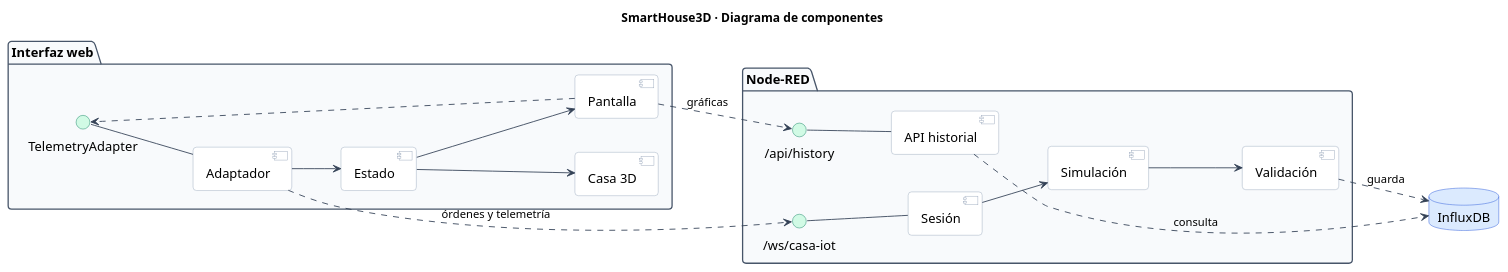
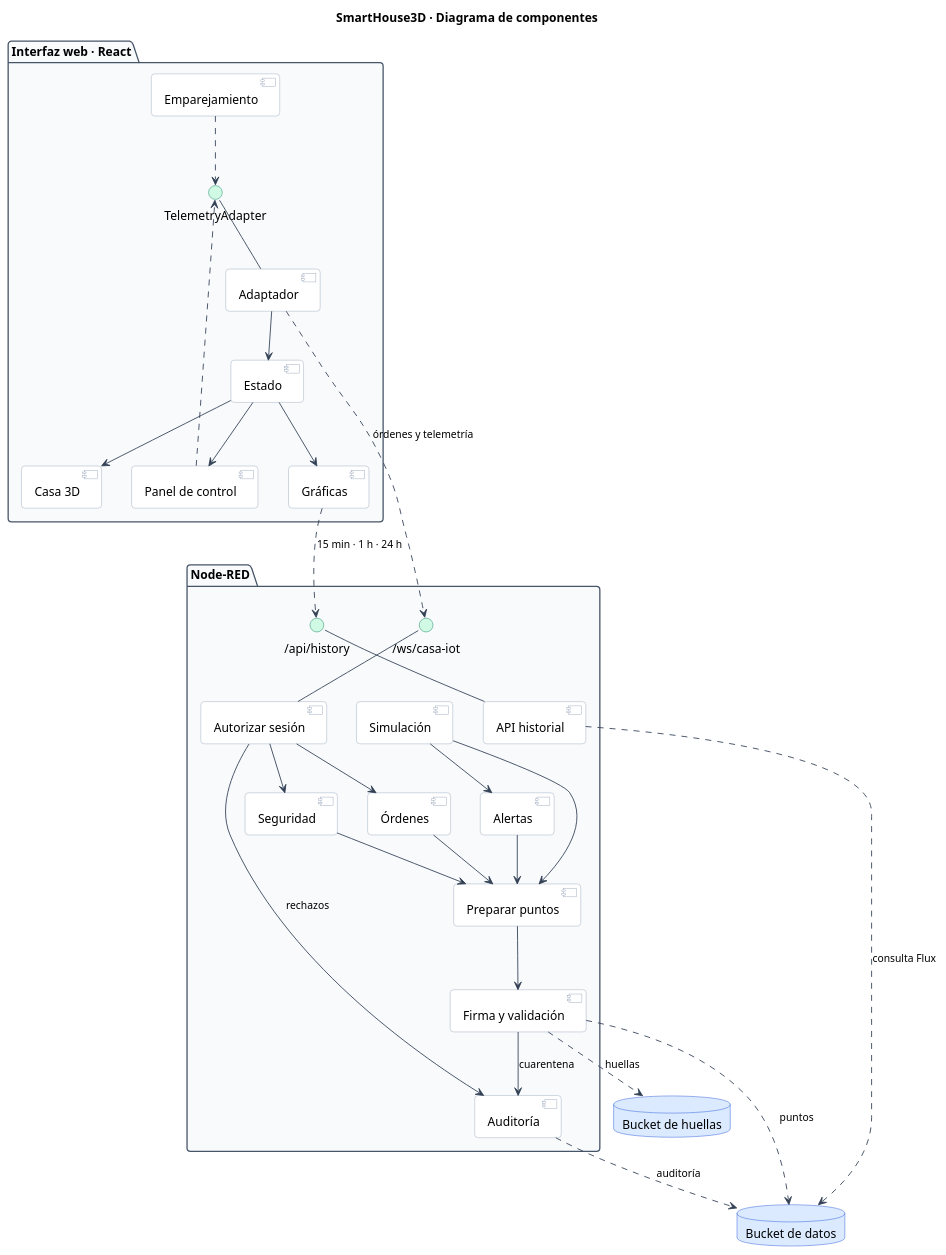
One commit to WilderG2004/SmartHouse3D changed the diagram in docs/diagramas/componentes.puml. Above: the diagram before and after it, drawn with PlantUML. The commit also changed 1 other file, not shown here.

Commit message:
Componentes: mas detalle, manteniendo la notacion UML
Nueve cajas se quedaban cortas para explicar el sistema. Ahora son
quince componentes con nombres de una o dos palabras: la interfaz
separa panel, graficas, casa 3D, emparejamiento, estado y adaptador;
Node-RED separa autorizacion, ordenes, seguridad, simulacion, alertas,
preparacion de puntos, firma y validacion, auditoria y API de
historial, y aparecen los dos buckets.

Sigue sin notas al margen: la notacion de bola y las dependencias
punteadas cuentan la historia.

```diff
--- a/docs/diagramas/componentes.puml
+++ b/docs/diagramas/componentes.puml
@@ -1,68 +1,86 @@
 @startuml componentes
 title SmartHouse3D · Diagrama de componentes
-
-left to right direction
 
 skinparam backgroundColor White
 skinparam shadowing false
 skinparam defaultFontName Helvetica
-skinparam defaultFontSize 15
+skinparam defaultFontSize 14
 skinparam roundcorner 8
 skinparam componentStyle uml2
 skinparam ArrowColor #334155
-skinparam ArrowFontSize 13
-skinparam nodesep 40
+skinparam ArrowFontSize 12
+skinparam nodesep 35
 skinparam ranksep 55
 skinparam package {
   BackgroundColor #F8FAFC
   BorderColor #475569
 }
 skinparam component {
   BackgroundColor #FFFFFF
   BorderColor #94A3B8
 }
 skinparam interface {
   BackgroundColor #D1FAE5
   BorderColor #047857
 }
 skinparam database {
   BackgroundColor #DBEAFE
   BorderColor #1D4ED8
 }
 
-package "Interfaz web" {
-  component "Pantalla" as pantalla
+package "Interfaz web · React" {
+  component "Panel de control" as panel
+  component "Gráficas" as graficas
   component "Casa 3D" as casa
+  component "Emparejamiento" as empareja
   component "Estado" as estado
   component "Adaptador" as adaptador
   interface "TelemetryAdapter" as ITel
 
   adaptador -up- ITel
-  pantalla ..> ITel
+  panel ..> ITel
+  empareja ..> ITel
   adaptador --> estado
-  estado --> pantalla
+  estado --> panel
+  estado --> graficas
   estado --> casa
 }
 
 package "Node-RED" {
-  component "Sesión" as sesion
+  component "Autorizar sesión" as auth
+  component "Órdenes" as ordenes
+  component "Seguridad" as seg
   component "Simulación" as simul
-  component "Validación" as valida
+  component "Alertas" as alertas
+  component "Preparar puntos" as prepara
+  component "Firma y validación" as valida
+  component "Auditoría" as audit
   component "API historial" as api
   interface "/ws/casa-iot" as IWs
   interface "/api/history" as IHist
 
-  sesion -up- IWs
+  auth -up- IWs
   api -up- IHist
-  sesion --> simul
-  simul --> valida
+  auth --> ordenes
+  auth --> seg
+  auth --> audit : "rechazos"
+  simul --> alertas
+  ordenes --> prepara
+  seg --> prepara
+  simul --> prepara
+  alertas --> prepara
+  prepara --> valida
+  valida --> audit : "cuarentena"
 }
 
-database "InfluxDB" as influx
+database "Bucket de datos" as bdatos
+database "Bucket de huellas" as bhuellas
 
 adaptador ..> IWs : "órdenes y telemetría"
-pantalla ..> IHist : "gráficas"
-valida ..> influx : "guarda"
-api ..> influx : "consulta"
+graficas ..> IHist : "15 min · 1 h · 24 h"
+valida ..> bdatos : "puntos"
+valida ..> bhuellas : "huellas"
+audit ..> bdatos : "auditoría"
+api ..> bdatos : "consulta Flux"
 
 @enduml
```
